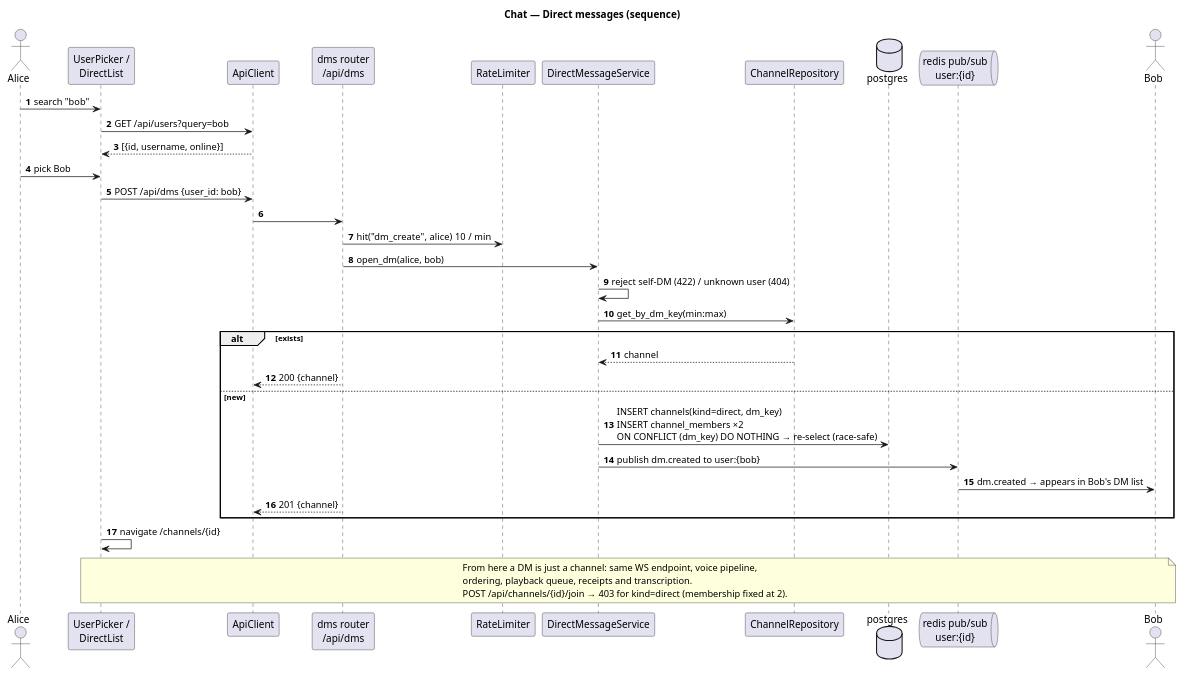
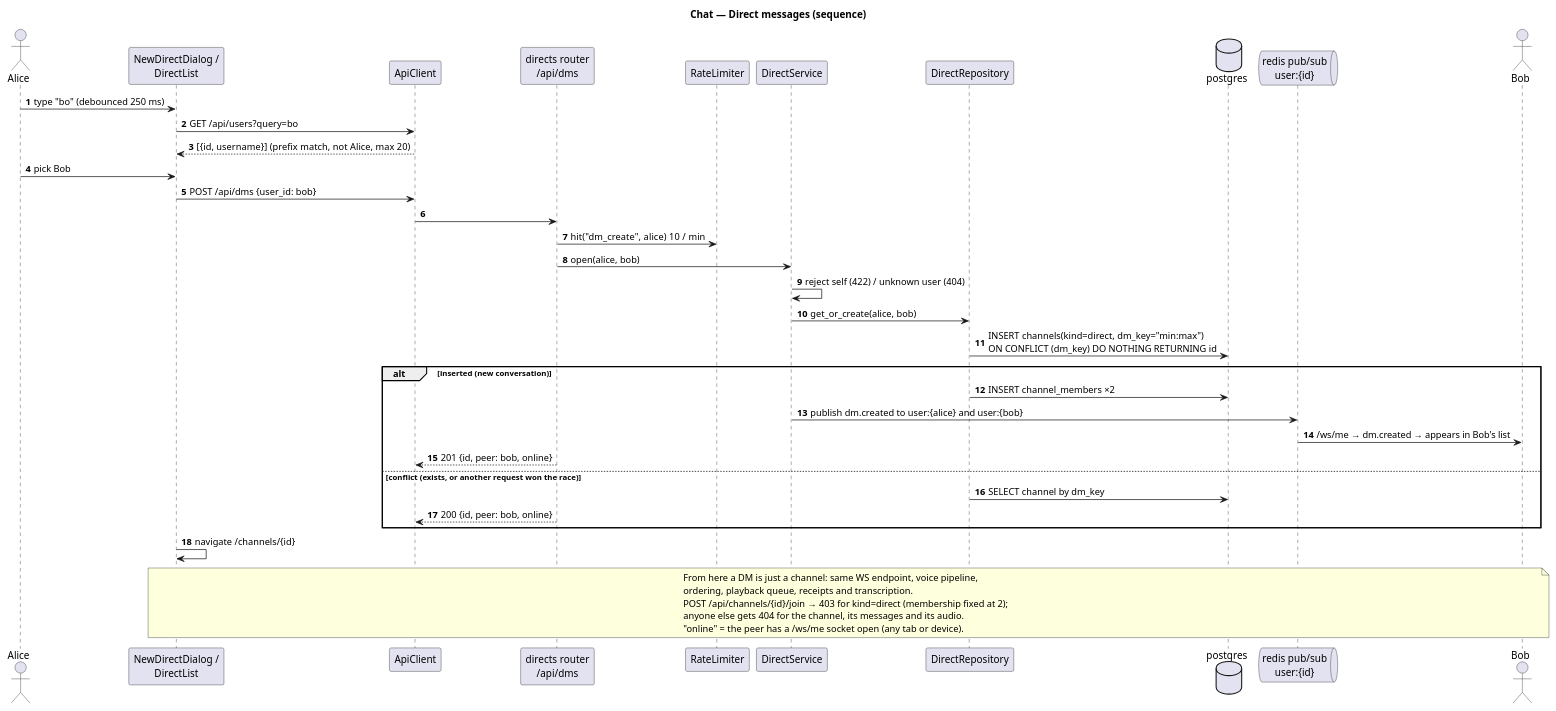
One commit to Salma-Mahmoudd/pushtalk changed the seventh of 7 diagrams in specs/chat/uml-diagrams.puml. Above: the diagram before and after it, drawn with PlantUML. The commit also changed other lines of this file and 21 other files, not shown here.

First line of the commit message:
docs(specs): align plans and diagrams with what was built

```diff
--- a/specs/chat/uml-diagrams.puml
+++ b/specs/chat/uml-diagrams.puml
@@ -293,44 +307,47 @@
 @startuml uml-diagrams-direct-messages
 title Chat — Direct messages (sequence)
 
 skinparam shadowing false
 skinparam defaultFontName Helvetica
 autonumber
 
 actor Alice
-participant "UserPicker /\nDirectList" as ui
+participant "NewDirectDialog /\nDirectList" as ui
 participant "ApiClient" as client
-participant "dms router\n/api/dms" as router
+participant "directs router\n/api/dms" as router
 participant "RateLimiter" as rl
-participant "DirectMessageService" as svc
-participant "ChannelRepository" as repo
+participant "DirectService" as svc
+participant "DirectRepository" as repo
 database postgres as db
 queue "redis pub/sub\nuser:{id}" as ups
 actor Bob
 
-Alice -> ui : search "bob"
-ui -> client : GET /api/users?query=bob
-client --> ui : [{id, username, online}]
+Alice -> ui : type "bo" (debounced 250 ms)
+ui -> client : GET /api/users?query=bo
+client --> ui : [{id, username}]  (prefix match, not Alice, max 20)
 Alice -> ui : pick Bob
 ui -> client : POST /api/dms {user_id: bob}
 client -> router
 router -> rl : hit("dm_create", alice)  10 / min
-router -> svc : open_dm(alice, bob)
-svc -> svc : reject self-DM (422) / unknown user (404)
-svc -> repo : get_by_dm_key(min:max)
-alt exists
-  repo --> svc : channel
-  router --> client : 200 {channel}
-else new
-  svc -> db : INSERT channels(kind=direct, dm_key)\nINSERT channel_members ×2\nON CONFLICT (dm_key) DO NOTHING → re-select (race-safe)
-  svc -> ups : publish dm.created to user:{bob}
-  ups -> Bob : dm.created → appears in Bob's DM list
-  router --> client : 201 {channel}
+router -> svc : open(alice, bob)
+svc -> svc : reject self (422) / unknown user (404)
+svc -> repo : get_or_create(alice, bob)
+repo -> db : INSERT channels(kind=direct, dm_key="min:max")\nON CONFLICT (dm_key) DO NOTHING RETURNING id
+alt inserted (new conversation)
+  repo -> db : INSERT channel_members ×2
+  svc -> ups : publish dm.created to user:{alice} and user:{bob}
+  ups -> Bob : /ws/me → dm.created → appears in Bob's list
+  router --> client : 201 {id, peer: bob, online}
+else conflict (exists, or another request won the race)
+  repo -> db : SELECT channel by dm_key
+  router --> client : 200 {id, peer: bob, online}
 end
 ui -> ui : navigate /channels/{id}
 note over ui, Bob
   From here a DM is just a channel: same WS endpoint, voice pipeline,
   ordering, playback queue, receipts and transcription.
-  POST /api/channels/{id}/join → 403 for kind=direct (membership fixed at 2).
+  POST /api/channels/{id}/join → 403 for kind=direct (membership fixed at 2);
+  anyone else gets 404 for the channel, its messages and its audio.
+  "online" = the peer has a /ws/me socket open (any tab or device).
 end note
 @enduml
```
